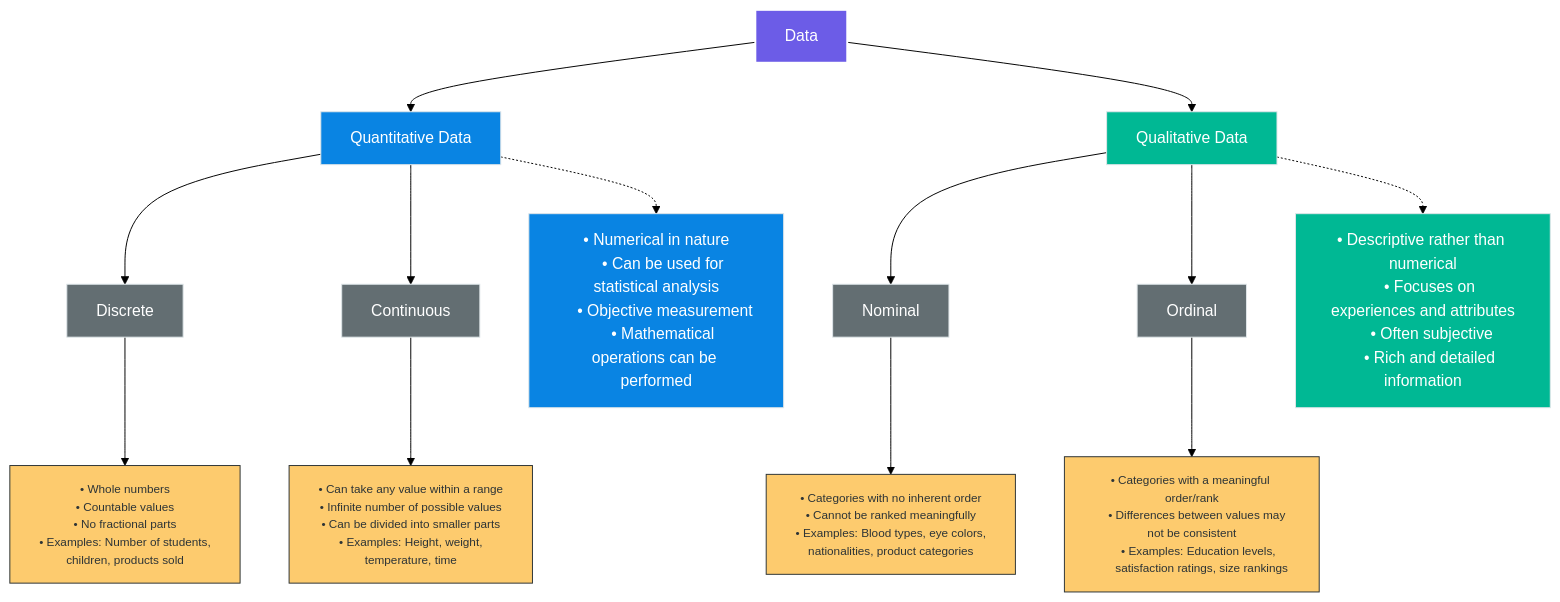
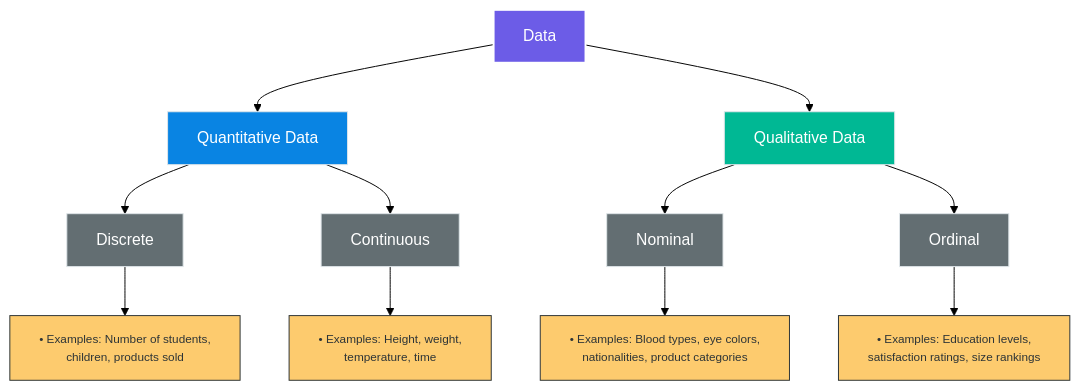
Before and after one commit to mo-zekry/Data_Analysis_Nile_Diploma: the first of 2 diagrams in 01_Introduction_To_Data_Analysis/lesson2.md, drawn with Mermaid (forest theme).

Commit message:
Refactor lesson2.md to enhance clarity in data examples and streamline flowchart explanations

````diff
--- a/01_Introduction_To_Data_Analysis/lesson2.md
+++ b/01_Introduction_To_Data_Analysis/lesson2.md
@@ -27,59 +27,41 @@
 ```mermaid
+---
+id: 08146799-4a02-4f45-8e3f-b8abade20b61
+---
 flowchart TD
     A[Data] --> B[Quantitative Data]
     A --> C[Qualitative Data]
 
     B --> D[Discrete]
     B --> E[Continuous]
 
     C --> F[Nominal]
     C --> G[Ordinal]
 
     %% Explanations for Quantitative Data
-    D --> D1["• Whole numbers
-    • Countable values
-    • No fractional parts
-    • Examples: Number of students,
+    D --> D1["• Examples: Number of students,
       children, products sold"]
 
-    E --> E1["• Can take any value within a range
-    • Infinite number of possible values
-    • Can be divided into smaller parts
-    • Examples: Height, weight,
+    E --> E1["• Examples: Height, weight,
       temperature, time"]
 
     %% Explanations for Qualitative Data
-    F --> F1["• Categories with no inherent order
-    • Cannot be ranked meaningfully
-    • Examples: Blood types, eye colors,
+    F --> F1["• Examples: Blood types, eye colors,
       nationalities, product categories"]
 
-    G --> G1["• Categories with a meaningful order/rank
-    • Differences between values may not be consistent
-    • Examples: Education levels,
+    G --> G1["• Examples: Education levels,
       satisfaction ratings, size rankings"]
-
-    %% Characteristics
-    B -.-> B1["• Numerical in nature
-    • Can be used for statistical analysis
-    • Objective measurement
-    • Mathematical operations can be performed"]
-
-    C -.-> C1["• Descriptive rather than numerical
-    • Focuses on experiences and attributes
-    • Often subjective
-    • Rich and detailed information"]
 
     %% Styling for dark mode
     classDef title fill:#6c5ce7,stroke:#fff,stroke-width:2px,color:#fff
     classDef quant fill:#0984e3,stroke:#dfe6e9,stroke-width:1px,color:#fff
     classDef qual fill:#00b894,stroke:#dfe6e9,stroke-width:1px,color:#fff
     classDef subtype fill:#636e72,stroke:#dfe6e9,stroke-width:1px,color:#fff
     classDef desc fill:#fdcb6e,stroke:#2d3436,stroke-width:1px,color:#2d3436,font-size:12px
 
     class A title
     class B,B1 quant
     class C,C1 qual
     class D,E,F,G subtype
     class D1,E1,F1,G1 desc
 ```
````
